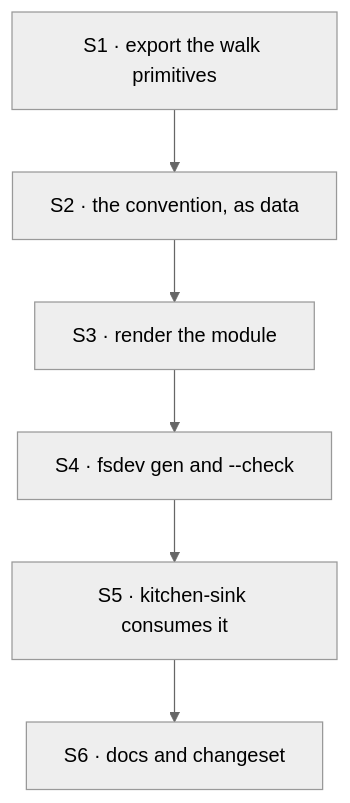
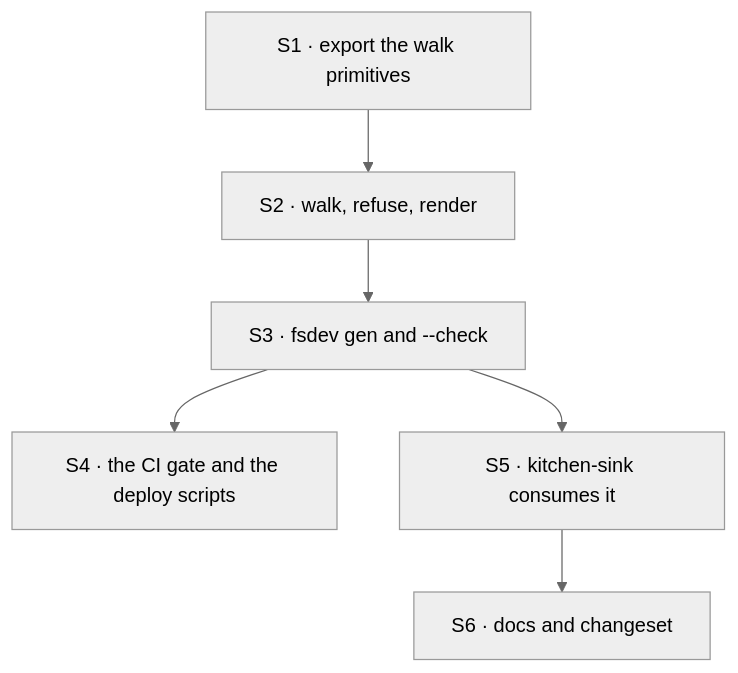
The diagram in spec/FIX-1357/PLAN.md (fixpoint-labs/flow-state-dev), drawn with Mermaid (neutral theme) before and after one commit. The commit also changed other lines of this file and 6 other files, not shown here.

````diff
--- a/spec/FIX-1357/PLAN.md
+++ b/spec/FIX-1357/PLAN.md
@@ -24,8 +24,8 @@
 ```mermaid
 flowchart TD
-  S1["S1 · export the walk primitives"] --> S2["S2 · the convention, as data"]
-  S2 --> S3["S3 · render the module"]
-  S3 --> S4["S4 · fsdev gen and --check"]
-  S4 --> S5["S5 · kitchen-sink consumes it"]
+  S1["S1 · export the walk primitives"] --> S2["S2 · walk, refuse, render"]
+  S2 --> S3["S3 · fsdev gen and --check"]
+  S3 --> S4["S4 · the CI gate and the deploy scripts"]
+  S3 --> S5["S5 · kitchen-sink consumes it"]
   S5 --> S6["S6 · docs and changeset"]
 ```
````
